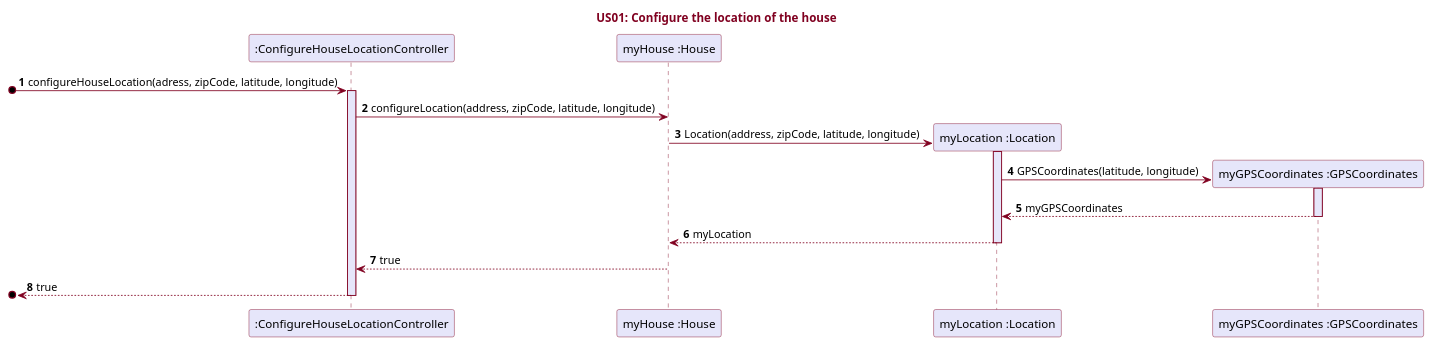
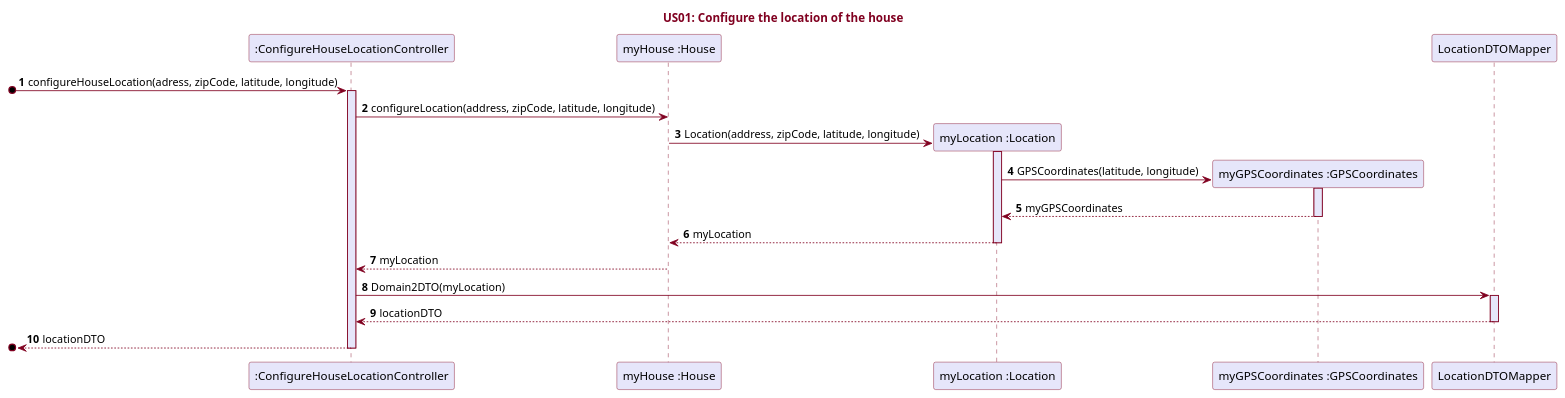
One commit to RicardoAraujoPT/SmartHome2 changed the diagram in src/main/java/pt/ipp/isep/dei/examples/basic/domain/SmartHome/UML/US01.puml. Above: the diagram before and after it, drawn with PlantUML. The commit also changed 5 other files, not shown here.

Commit message:
LocationDTO + LocationDTOMapper + updates (US01)

```diff
--- a/src/main/java/pt/ipp/isep/dei/examples/basic/domain/SmartHome/UML/US01.puml
+++ b/src/main/java/pt/ipp/isep/dei/examples/basic/domain/SmartHome/UML/US01.puml
@@ -1,43 +1,47 @@
 @startuml
 'https://plantuml.com/sequence-diagram
 
 title <font color=#800020>US01: Configure the location of the house</font>
 
 skinparam sequence {
 ArrowColor #800020
 LifeLineBorderColor #800020
 LifeLineBackgroundColor #E6E6FA
 ParticipantBorderColor #800020
 ParticipantBackgroundColor #E6E6FA
 }
 
 autonumber
 
 participant ":ConfigureHouseLocationController"
 participant "myHouse :House"
 participant "myLocation :Location"
 participant "myGPSCoordinates :GPSCoordinates"
 
 
 [o->":ConfigureHouseLocationController": configureHouseLocation(adress, zipCode, latitude, longitude)
 activate ":ConfigureHouseLocationController"
 
 
 ":ConfigureHouseLocationController"->"myHouse :House": configureLocation(address, zipCode, latitude, longitude)
 
 "myHouse :House"->"myLocation :Location" ** : Location(address, zipCode, latitude, longitude)
 activate "myLocation :Location"
 
 
 "myLocation :Location"->"myGPSCoordinates :GPSCoordinates" ** : GPSCoordinates(latitude, longitude)
 activate "myGPSCoordinates :GPSCoordinates"
 "myGPSCoordinates :GPSCoordinates"-->"myLocation :Location" : myGPSCoordinates
 deactivate "myGPSCoordinates :GPSCoordinates"
 "myLocation :Location"-->"myHouse :House" : myLocation
 deactivate "myLocation :Location"
-"myHouse :House"-->":ConfigureHouseLocationController": true
+"myHouse :House"-->":ConfigureHouseLocationController": myLocation
+":ConfigureHouseLocationController"->"LocationDTOMapper": Domain2DTO(myLocation)
+activate "LocationDTOMapper"
+"LocationDTOMapper"-->":ConfigureHouseLocationController": locationDTO
+deactivate "LocationDTOMapper"
 deactivate "myHouse :House"
-[o<--":ConfigureHouseLocationController": true
+[o<--":ConfigureHouseLocationController": locationDTO
 deactivate ":ConfigureHouseLocationController"
 
 @enduml
```
